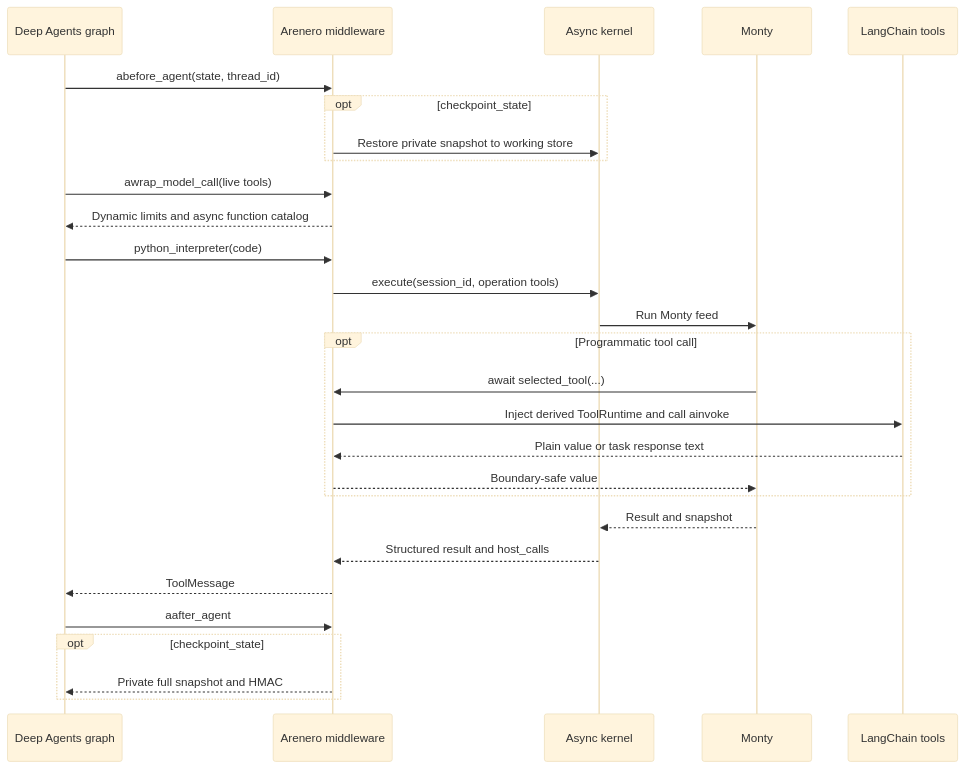
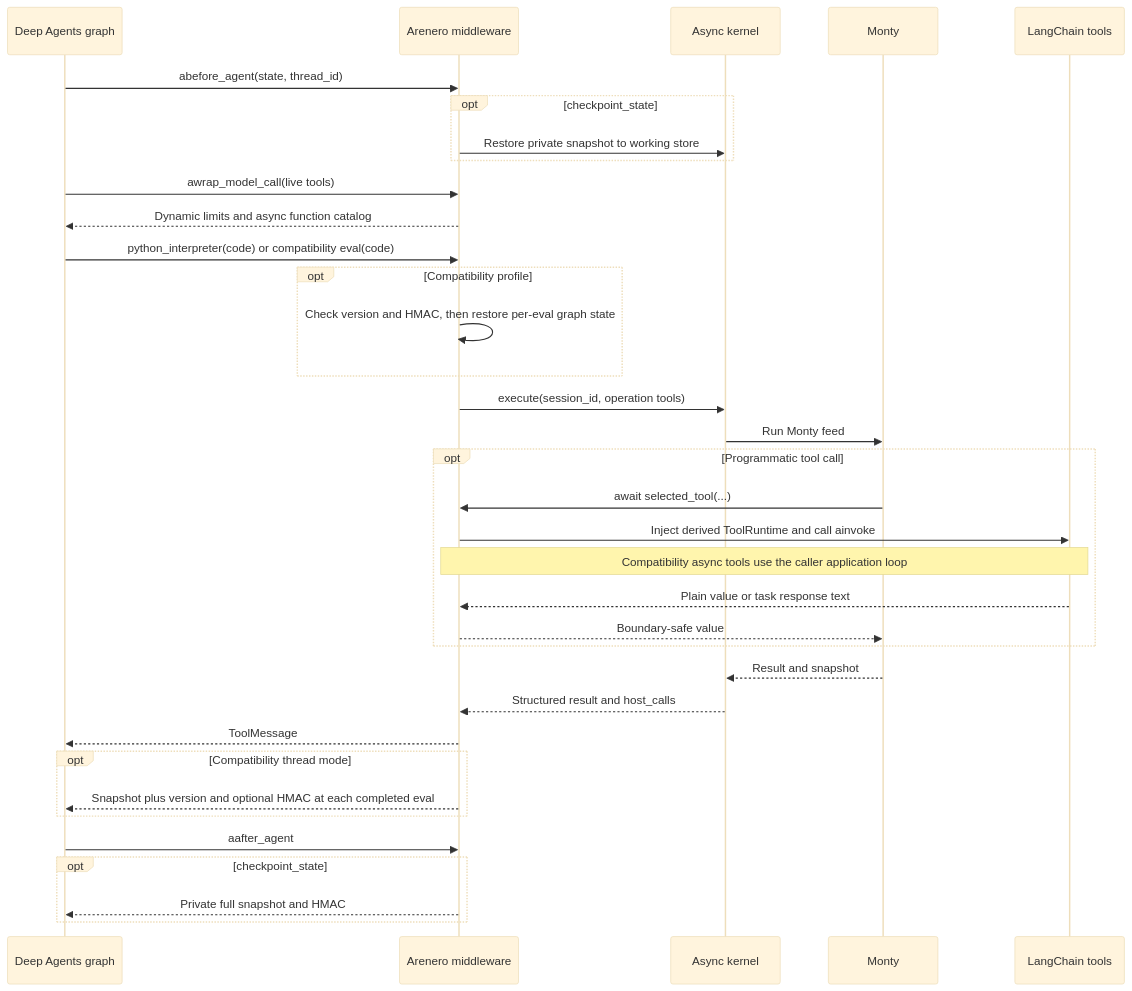
The fourth of 6 diagrams in docs/architecture.md (sgaseretto/arenero), drawn with Mermaid (base theme) before and after one commit. The commit also changed other lines of this file and 16 other files, not shown here.

````diff
--- a/docs/architecture.md
+++ b/docs/architecture.md
@@ -290,31 +290,38 @@
 ```mermaid
 sequenceDiagram
     participant G as Deep Agents graph
     participant A as Arenero middleware
     participant K as Async kernel
     participant M as Monty
     participant T as LangChain tools
 
     G->>A: abefore_agent(state, thread_id)
     opt checkpoint_state
         A->>K: Restore private snapshot to working store
     end
     G->>A: awrap_model_call(live tools)
     A-->>G: Dynamic limits and async function catalog
-    G->>A: python_interpreter(code)
+    G->>A: python_interpreter(code) or compatibility eval(code)
+    opt Compatibility profile
+        A->>A: Check version and HMAC, then restore per-eval graph state
+    end
     A->>K: execute(session_id, operation tools)
     K->>M: Run Monty feed
     opt Programmatic tool call
         M->>A: await selected_tool(...)
         A->>T: Inject derived ToolRuntime and call ainvoke
+        Note over A,T: Compatibility async tools use the caller application loop
         T-->>A: Plain value or task response text
         A-->>M: Boundary-safe value
     end
     M-->>K: Result and snapshot
     K-->>A: Structured result and host_calls
     A-->>G: ToolMessage
+    opt Compatibility thread mode
+        A-->>G: Snapshot plus version and optional HMAC at each completed eval
+    end
     G->>A: aafter_agent
     opt checkpoint_state
         A-->>G: Private full snapshot and HMAC
     end
 ```
````
